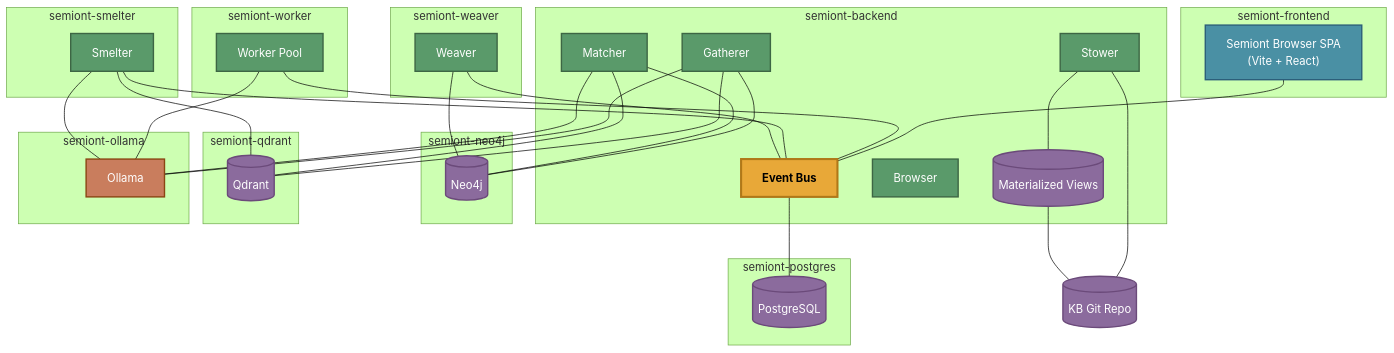
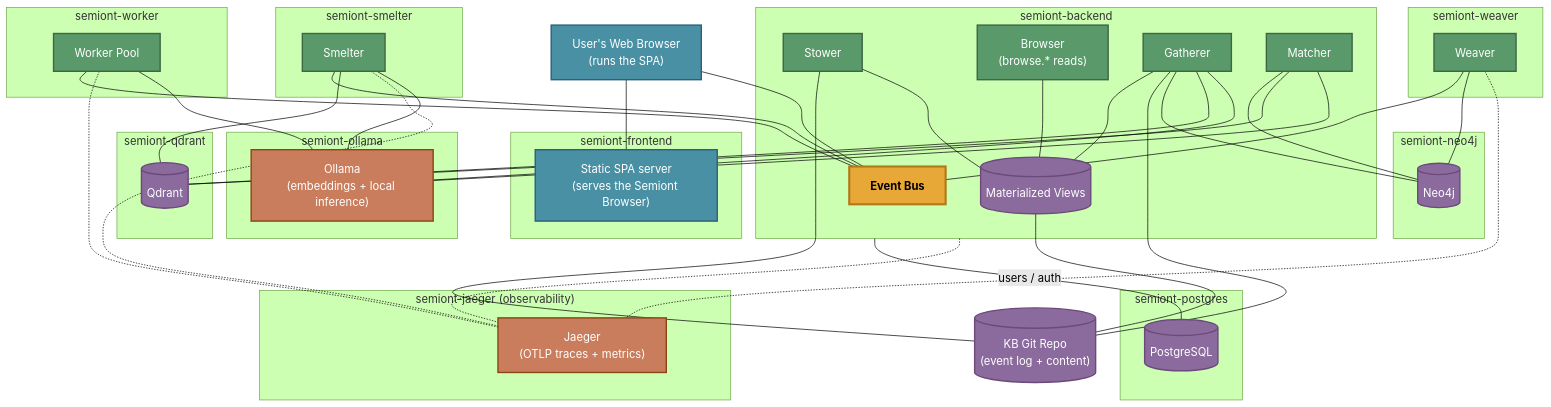
One commit to The-AI-Alliance/semiont changed the diagram in docs/system/CONTAINER-TOPOLOGY.md. Above: the diagram before and after it, drawn with Mermaid (forest theme). The commit also changed other lines of this file and 17 other files, not shown here.

First line of the commit message:
cgroup-aware backend heap, job-worker liveness, :local image fan-out, container docs (#1022)

````diff
--- a/docs/system/CONTAINER-TOPOLOGY.md
+++ b/docs/system/CONTAINER-TOPOLOGY.md
@@ -15,19 +15,21 @@
 ```mermaid
 graph TB
+    UB["User's Web Browser<br/>(runs the SPA)"]
+
     subgraph frontend_c ["semiont-frontend"]
-        SPA["Semiont Browser SPA<br/>(Vite + React)"]
+        SPA["Static SPA server<br/>(serves the Semiont Browser)"]
     end
 
     subgraph backend_c ["semiont-backend"]
         BUS["Event Bus"]
         STOWER["Stower"]
-        BROWSER["Browser"]
+        BROWSER["Browser<br/>(browse.* reads)"]
         GATHERER["Gatherer"]
         MATCHER["Matcher"]
         VIEWS[("Materialized Views")]
     end
 
-    GIT[("KB Git Repo")]
+    GIT[("KB Git Repo<br/>(event log + content)")]
 
     subgraph worker_c ["semiont-worker"]
         WORKERS["Worker Pool"]
@@ -54,10 +56,15 @@
     end
 
     subgraph ol_c ["semiont-ollama"]
-        OL["Ollama"]
+        OL["Ollama<br/>(embeddings + local inference)"]
     end
 
-    SPA --- BUS
+    subgraph jag_c ["semiont-jaeger (observability)"]
+        JAG["Jaeger<br/>(OTLP traces + metrics)"]
+    end
+
+    UB --- SPA
+    UB --- BUS
     WORKERS --- BUS
     SMELTER --- BUS
     WEAVER --- BUS
@@ -65,9 +72,16 @@
     STOWER --- GIT
     STOWER --- VIEWS
     VIEWS --- GIT
+    BROWSER --- VIEWS
+    GATHERER --- VIEWS
+    GATHERER --- GIT
     WEAVER --- NEO
     SMELTER --- QD
-    BUS --- PG
+    backend_c ---|"users / auth"| PG
+    backend_c -.- JAG
+    WORKERS -.- JAG
+    SMELTER -.- JAG
+    WEAVER -.- JAG
     WORKERS --- OL
     SMELTER --- OL
     GATHERER --- NEO
@@ -86,6 +100,6 @@
     class BUS bus
     class STOWER,BROWSER,GATHERER,MATCHER,WEAVER,WORKERS,SMELTER actor
     class GIT,VIEWS,PG,NEO,QD store
-    class SPA spa
-    class OL service
+    class SPA,UB spa
+    class OL,JAG service
 ```
````
